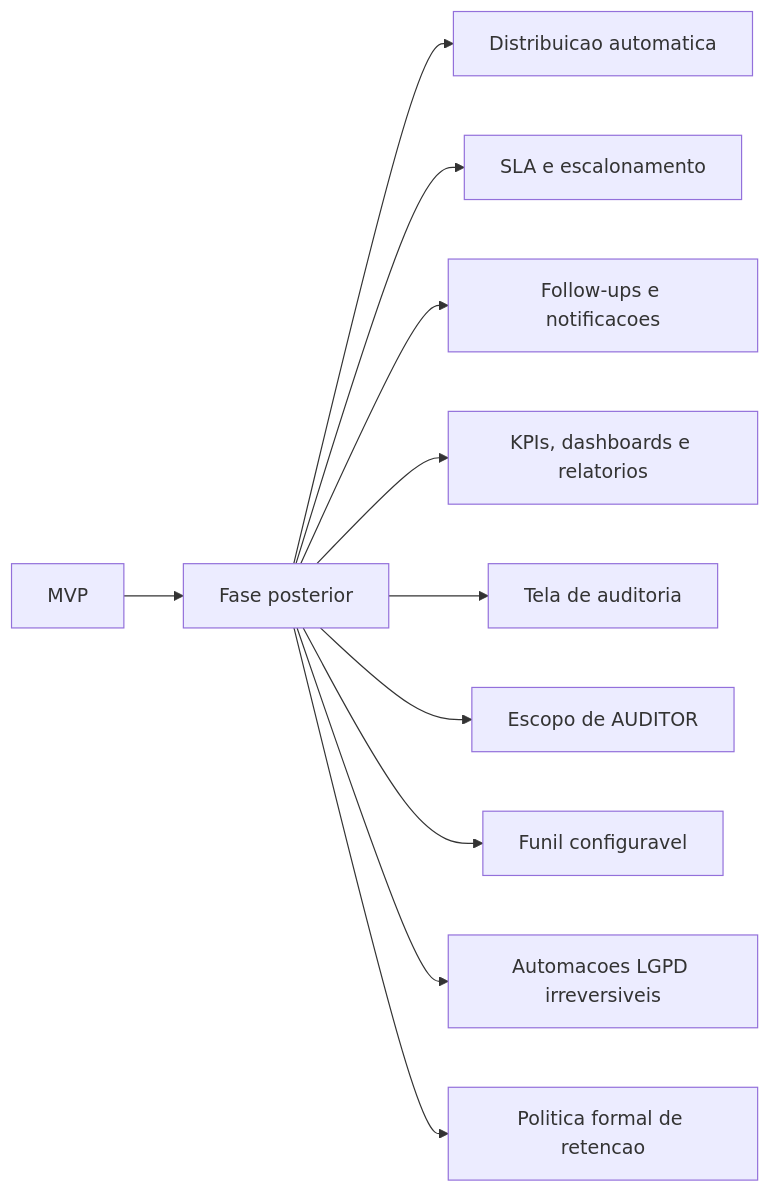
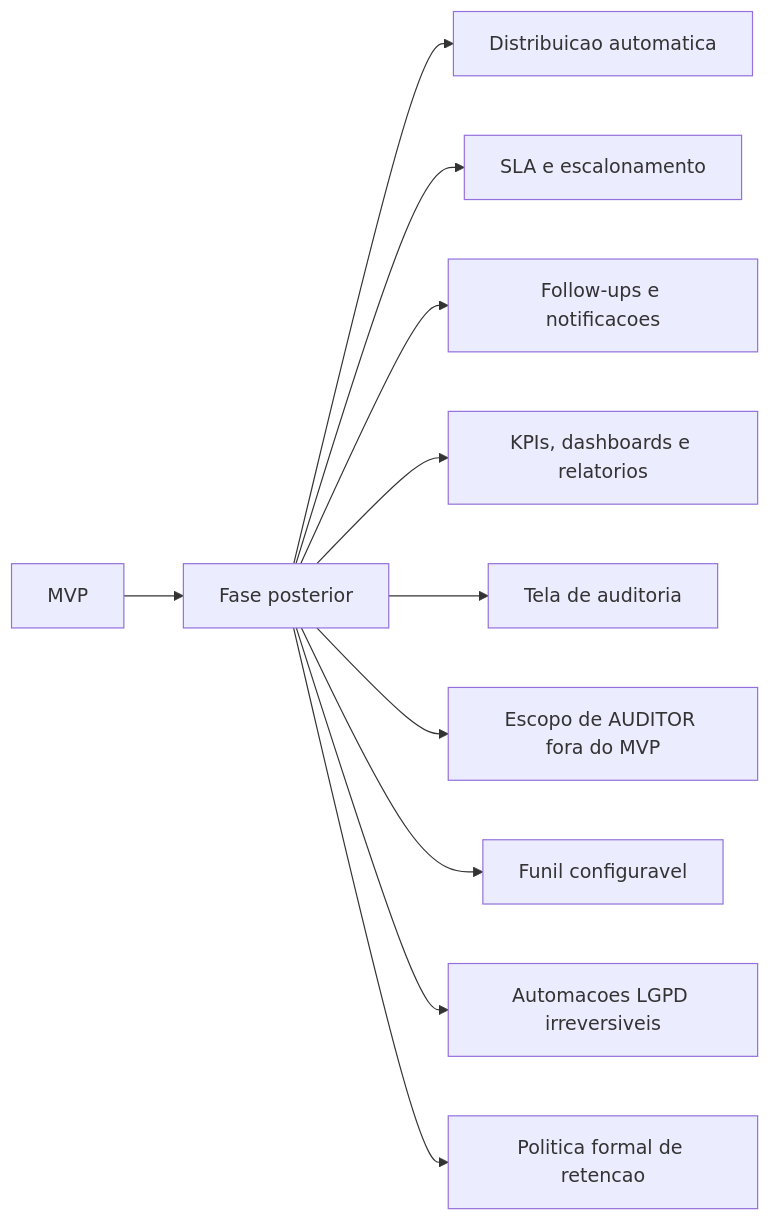
Before and after one commit to gabrielfelipeoliveira/eai: the fifth of 5 diagrams in docs/tecnico/diagrama-arquitetura-consolidada-trello.md, drawn with Mermaid. The commit also changed 37 other files, not shown here.

Commit message:
Replace auditor role with avaliador

````diff
--- a/docs/tecnico/diagrama-arquitetura-consolidada-trello.md
+++ b/docs/tecnico/diagrama-arquitetura-consolidada-trello.md
@@ -220,14 +220,14 @@
 ```mermaid
 flowchart LR
     MVP["MVP"] --> Later["Fase posterior"]
 
     Later --> AutoDistribution["Distribuicao automatica"]
     Later --> SLA["SLA e escalonamento"]
     Later --> FollowUps["Follow-ups e notificacoes"]
     Later --> Reports["KPIs, dashboards e relatorios"]
     Later --> AuditUI["Tela de auditoria"]
-    Later --> AuditorRole["Escopo de AUDITOR"]
+    Later --> AuditorRole["Escopo de AUDITOR fora do MVP"]
     Later --> FunnelConfig["Funil configuravel"]
     Later --> LgpdAutomation["Automacoes LGPD irreversiveis"]
     Later --> RetentionPolicy["Politica formal de retencao"]
 ```
````
